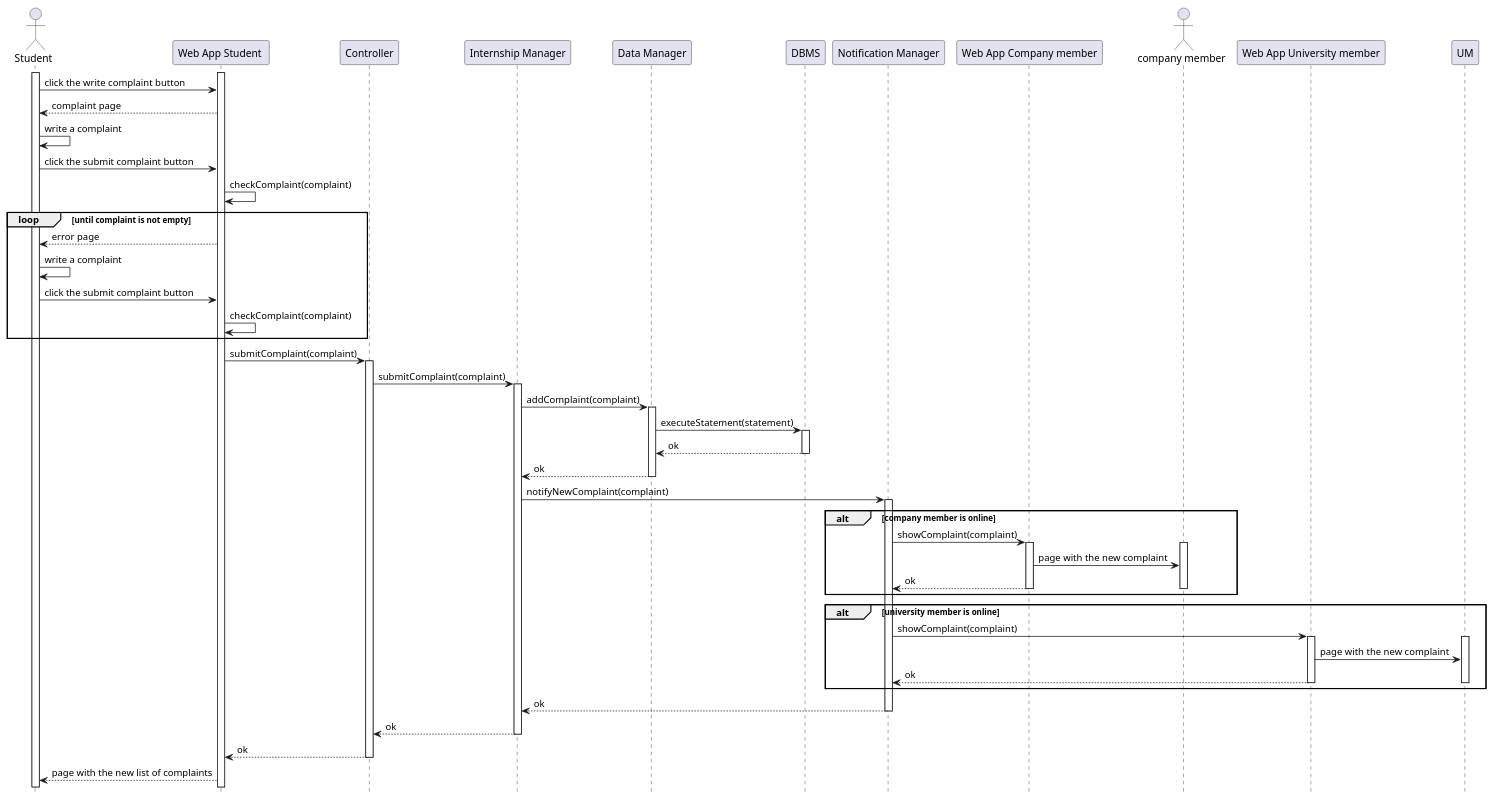
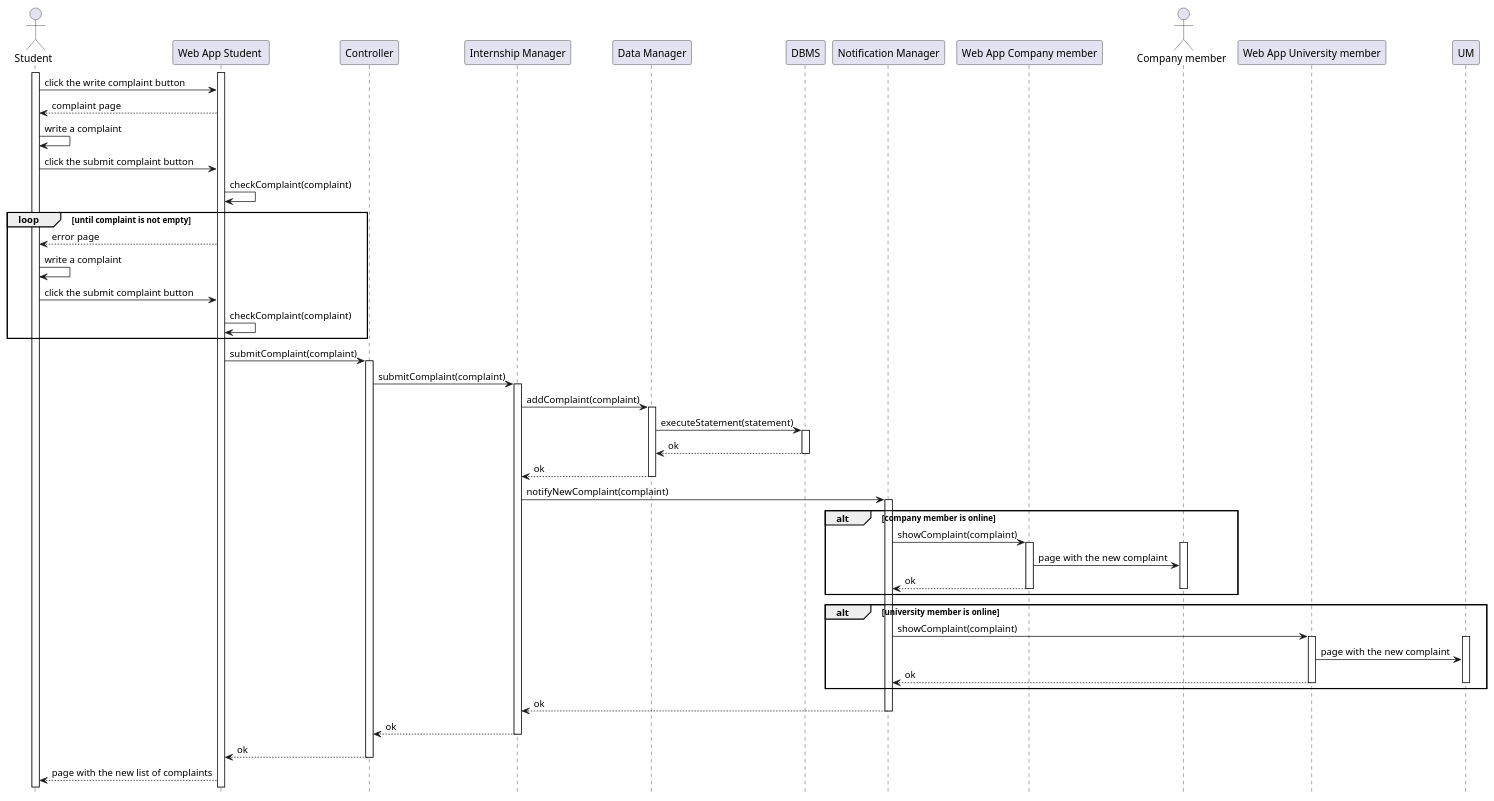
Before and after one commit to matti8702/R_and_DD_project_SE2: the diagram in DD/Architectural_design/uml_diagrams/RV26_diagram.puml, drawn with PlantUML. The commit also changed 5 other files, not shown here.

```diff
--- a/DD/Architectural_design/uml_diagrams/RV26_diagram.puml
+++ b/DD/Architectural_design/uml_diagrams/RV26_diagram.puml
@@ -1,68 +1,68 @@
 @startuml RV26
 hide footbox
 
 actor "Student" as ST
 participant "Web App Student " AS WAST
 participant "Controller" as C
 participant "Internship Manager" as IM
 participant "Data Manager" as DM
 participant "DBMS" as DB
 participant "Notification Manager" as NM
 participant "Web App Company member" AS WACM
-actor "company member" as CM
+actor "Company member" as CM
 participant "Web App University member" AS WAUM
 
 activate ST
 activate WAST
 
 ST -> WAST : click the write complaint button
 WAST --> ST : complaint page
 ST -> ST  : write a complaint
 ST -> WAST : click the submit complaint button
 WAST -> WAST : checkComplaint(complaint)
 loop until complaint is not empty
     WAST --> ST : error page
     ST -> ST : write a complaint
     ST -> WAST : click the submit complaint button
     WAST -> WAST : checkComplaint(complaint)
 end
 WAST -> C  : submitComplaint(complaint)
 activate C
 C -> IM    : submitComplaint(complaint)
 activate IM
 IM -> DM   : addComplaint(complaint)
 activate DM
 DM -> DB   : executeStatement(statement)
 activate DB
 DB --> DM  : ok
 deactivate DB
 DM --> IM  : ok
 deactivate DM
 IM -> NM  : notifyNewComplaint(complaint)
 activate NM
 alt company member is online
     NM -> WACM : showComplaint(complaint)
     activate WACM
     activate CM
     WACM -> CM : page with the new complaint
     WACM --> NM : ok
     deactivate WACM
     deactivate CM
 end 
 alt university member is online
     NM -> WAUM : showComplaint(complaint)
     activate WAUM
     activate UM
     WAUM -> UM : page with the new complaint
     WAUM --> NM : ok
     deactivate WAUM
     deactivate UM
 end 
 NM --> IM : ok
 deactivate NM
 IM --> C : ok
 deactivate IM
 C --> WAST : ok
 deactivate C
 WAST --> ST : page with the new list of complaints
 @enduml
```
